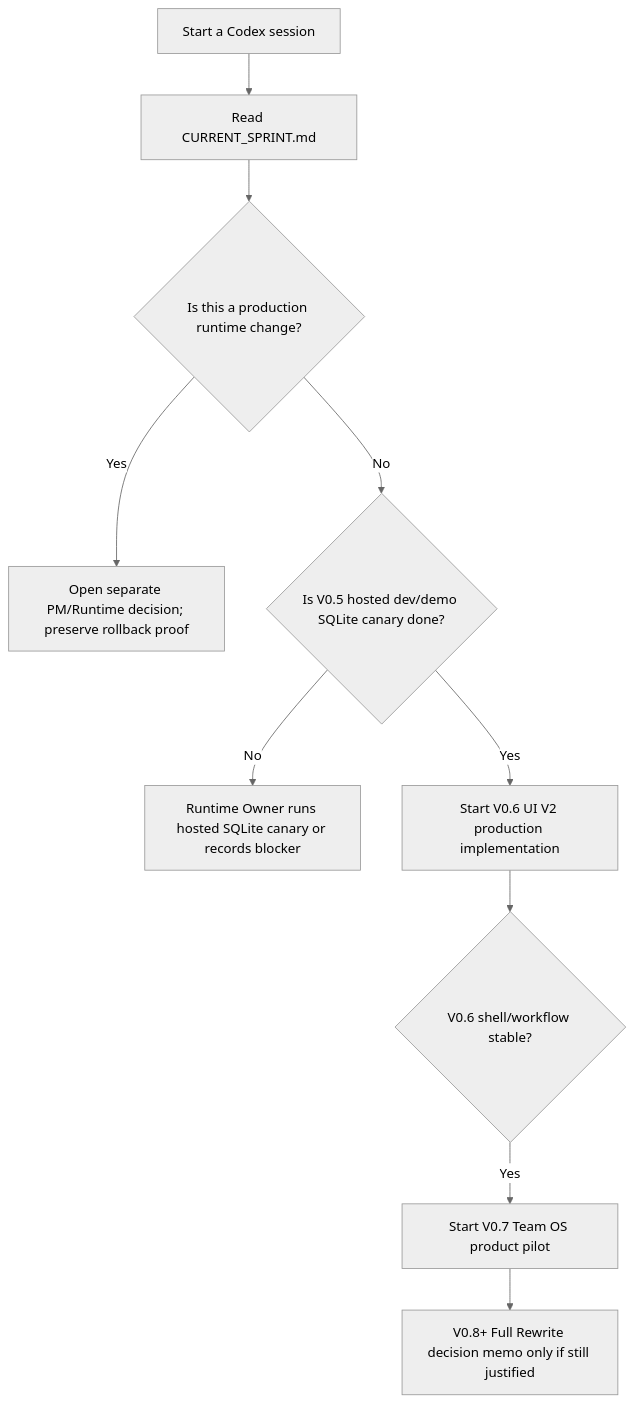
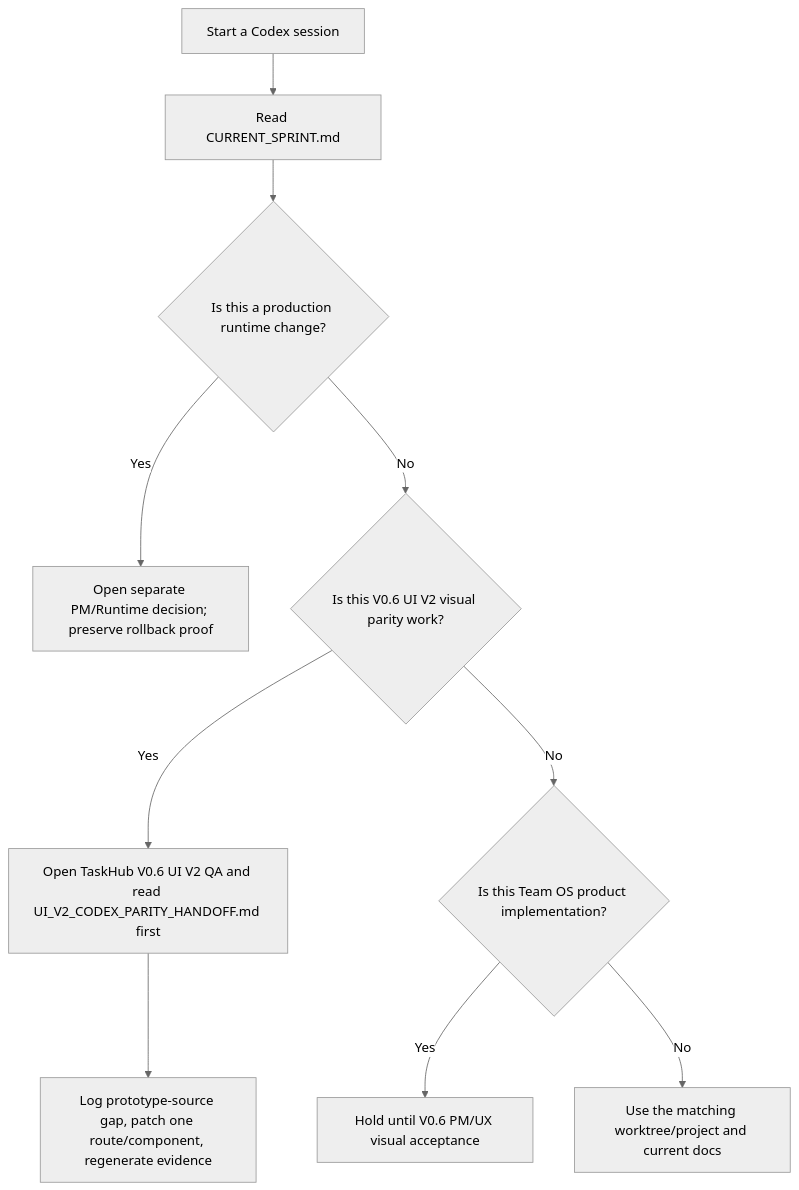
The diagram in docs/plans/CODEX_PARALLEL_PROJECT_HANDOFF.md (Savezn/Trisilar-Task-Hub), drawn with Mermaid (neutral theme) before and after one commit. The commit also changed other lines of this file and 431 other files, not shown here.

````diff
--- a/docs/plans/CODEX_PARALLEL_PROJECT_HANDOFF.md
+++ b/docs/plans/CODEX_PARALLEL_PROJECT_HANDOFF.md
@@ -40,12 +41,12 @@
 ```mermaid
 flowchart TD
   A["Start a Codex session"] --> B["Read CURRENT_SPRINT.md"]
   B --> C{"Is this a production runtime change?"}
   C -- "Yes" --> D["Open separate PM/Runtime decision; preserve rollback proof"]
-  C -- "No" --> E{"Is V0.5 hosted dev/demo SQLite canary done?"}
-  E -- "No" --> G["Runtime Owner runs hosted SQLite canary or records blocker"]
-  E -- "Yes" --> I["Start V0.6 UI V2 production implementation"]
-  I --> J{"V0.6 shell/workflow stable?"}
-  J -- "Yes" --> K["Start V0.7 Team OS product pilot"]
-  K --> L["V0.8+ Full Rewrite decision memo only if still justified"]
+  C -- "No" --> E{"Is this V0.6 UI V2 visual parity work?"}
+  E -- "Yes" --> G["Open TaskHub V0.6 UI V2 QA and read UI_V2_CODEX_PARITY_HANDOFF.md first"]
+  G --> H["Log prototype-source gap, patch one route/component, regenerate evidence"]
+  E -- "No" --> I{"Is this Team OS product implementation?"}
+  I -- "Yes" --> J["Hold until V0.6 PM/UX visual acceptance"]
+  I -- "No" --> K["Use the matching worktree/project and current docs"]
 ```
````
